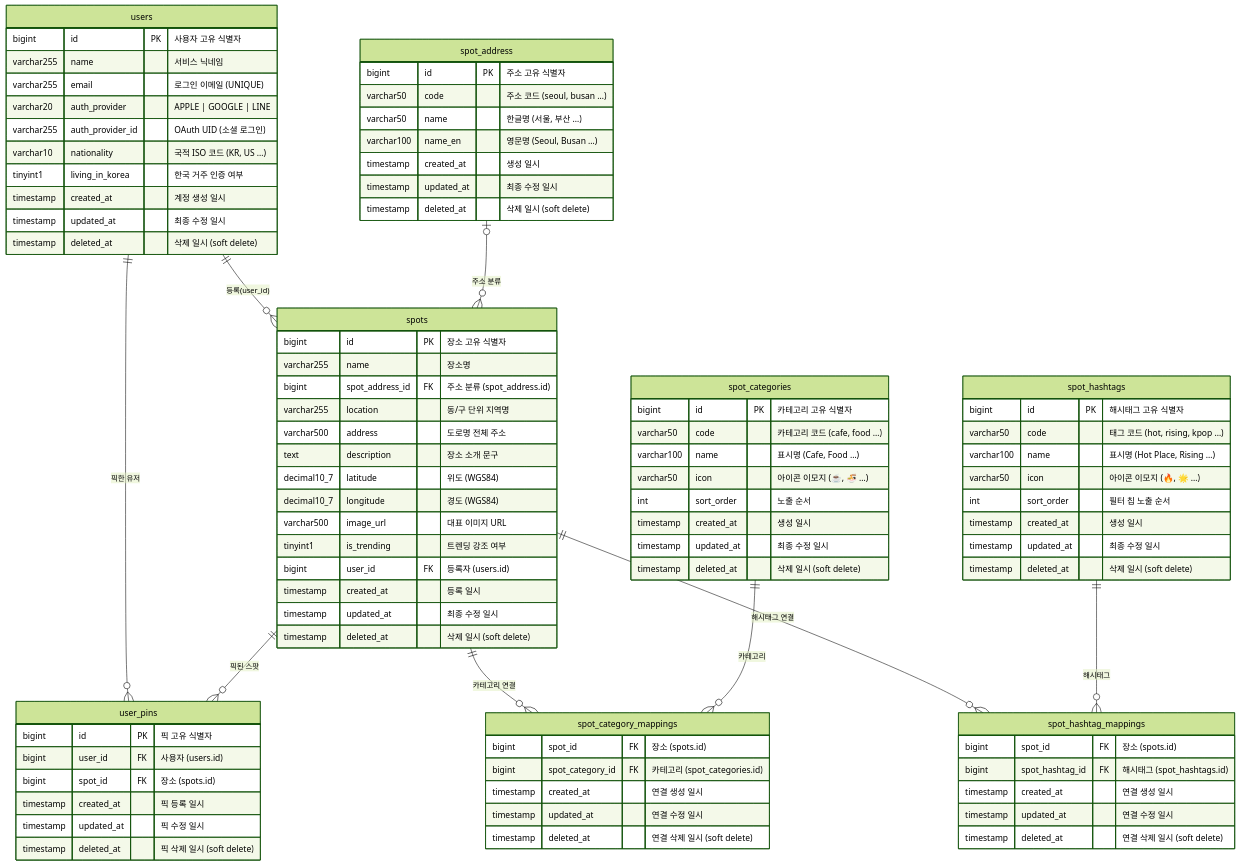
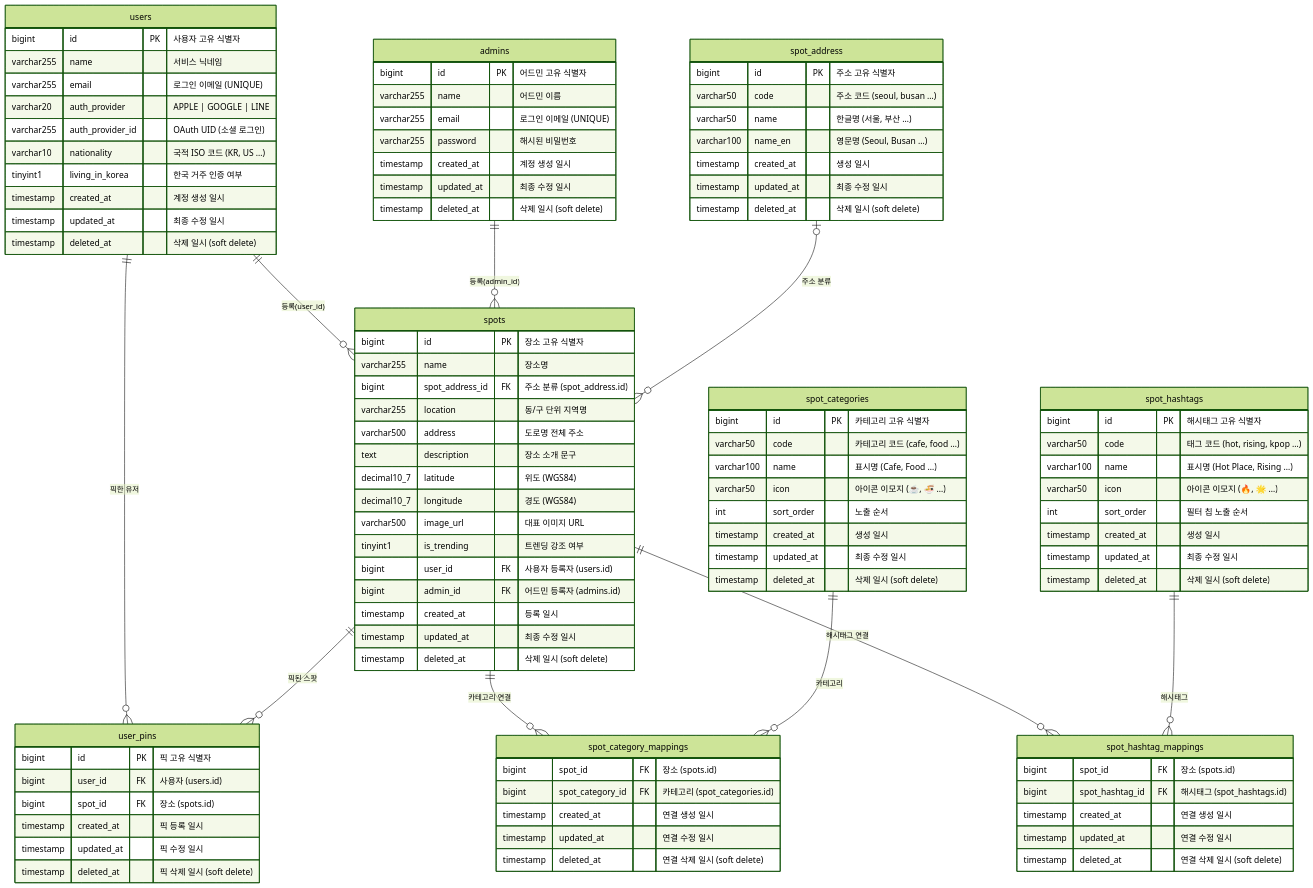
Before and after one commit to picko-labs/picko-api: the diagram in src/main/resources/db/ddl/schema-erd.mmd, drawn with Mermaid (forest theme). The commit also changed 24 other files, not shown here.

```diff
--- a/src/main/resources/db/ddl/schema-erd.mmd
+++ b/src/main/resources/db/ddl/schema-erd.mmd
@@ -1,108 +1,122 @@
 erDiagram
 
     users {
         bigint      id               PK  "사용자 고유 식별자"
         varchar255  name                 "서비스 닉네임"
         varchar255  email                "로그인 이메일 (UNIQUE)"
         varchar20   auth_provider        "APPLE | GOOGLE | LINE"
         varchar255  auth_provider_id     "OAuth UID (소셜 로그인)"
         varchar10   nationality          "국적 ISO 코드 (KR, US …)"
         tinyint1    living_in_korea      "한국 거주 인증 여부"
         timestamp   created_at           "계정 생성 일시"
         timestamp   updated_at           "최종 수정 일시"
         timestamp   deleted_at           "삭제 일시 (soft delete)"
+    }
+
+    admins {
+        bigint      id          PK  "어드민 고유 식별자"
+        varchar255  name            "어드민 이름"
+        varchar255  email           "로그인 이메일 (UNIQUE)"
+        varchar255  password        "해시된 비밀번호"
+        timestamp   created_at      "계정 생성 일시"
+        timestamp   updated_at      "최종 수정 일시"
+        timestamp   deleted_at      "삭제 일시 (soft delete)"
     }
 
     spot_address {
         bigint      id          PK  "주소 고유 식별자"
         varchar50   code            "주소 코드 (seoul, busan …)"
         varchar50   name            "한글명 (서울, 부산 …)"
         varchar100  name_en         "영문명 (Seoul, Busan …)"
         timestamp   created_at      "생성 일시"
         timestamp   updated_at      "최종 수정 일시"
         timestamp   deleted_at      "삭제 일시 (soft delete)"
     }
 
     spot_categories {
         bigint      id          PK  "카테고리 고유 식별자"
         varchar50   code            "카테고리 코드 (cafe, food …)"
         varchar100  name            "표시명 (Cafe, Food …)"
         varchar50   icon            "아이콘 이모지 (☕, 🍜 …)"
         int         sort_order      "노출 순서"
         timestamp   created_at      "생성 일시"
         timestamp   updated_at      "최종 수정 일시"
         timestamp   deleted_at      "삭제 일시 (soft delete)"
     }
 
     spots {
         bigint      id              PK  "장소 고유 식별자"
         varchar255  name                "장소명"
         bigint      spot_address_id FK  "주소 분류 (spot_address.id)"
         varchar255  location            "동/구 단위 지역명"
         varchar500  address             "도로명 전체 주소"
         text        description         "장소 소개 문구"
         decimal10_7 latitude            "위도 (WGS84)"
         decimal10_7 longitude           "경도 (WGS84)"
         varchar500  image_url           "대표 이미지 URL"
         tinyint1    is_trending         "트렌딩 강조 여부"
-        bigint      user_id         FK  "등록자 (users.id)"
+        bigint      user_id         FK  "사용자 등록자 (users.id)"
+        bigint      admin_id        FK  "어드민 등록자 (admins.id)"
         timestamp   created_at          "등록 일시"
         timestamp   updated_at          "최종 수정 일시"
         timestamp   deleted_at          "삭제 일시 (soft delete)"
     }
 
     spot_category_mappings {
         bigint      spot_id          FK  "장소 (spots.id)"
         bigint      spot_category_id FK  "카테고리 (spot_categories.id)"
         timestamp   created_at           "연결 생성 일시"
         timestamp   updated_at           "연결 수정 일시"
         timestamp   deleted_at           "연결 삭제 일시 (soft delete)"
     }
 
     user_pins {
         bigint      id          PK  "픽 고유 식별자"
         bigint      user_id     FK  "사용자 (users.id)"
         bigint      spot_id     FK  "장소 (spots.id)"
         timestamp   created_at      "픽 등록 일시"
         timestamp   updated_at      "픽 수정 일시"
         timestamp   deleted_at      "픽 삭제 일시 (soft delete)"
     }
 
     spot_hashtags {
         bigint      id          PK  "해시태그 고유 식별자"
         varchar50   code            "태그 코드 (hot, rising, kpop …)"
         varchar100  name            "표시명 (Hot Place, Rising …)"
         varchar50   icon            "아이콘 이모지 (🔥, 🌟 …)"
         int         sort_order      "필터 칩 노출 순서"
         timestamp   created_at      "생성 일시"
         timestamp   updated_at      "최종 수정 일시"
         timestamp   deleted_at      "삭제 일시 (soft delete)"
     }
 
     spot_hashtag_mappings {
         bigint      spot_id         FK  "장소 (spots.id)"
         bigint      spot_hashtag_id FK  "해시태그 (spot_hashtags.id)"
         timestamp   created_at          "연결 생성 일시"
         timestamp   updated_at          "연결 수정 일시"
         timestamp   deleted_at          "연결 삭제 일시 (soft delete)"
     }
 
     %% ── 관계 정의 ──────────────────────────────────────────
 
     %% users → spots : 유저가 스팟을 직접 등록
     users                ||--o{ spots                    : "등록(user_id)"
 
+    %% admins → spots : 어드민이 스팟을 등록
+    admins               ||--o{ spots                    : "등록(admin_id)"
+
     %% users ↔ spots : 유저가 스팟을 픽(북마크)
     users                ||--o{ user_pins                : "픽한 유저"
     spots                ||--o{ user_pins                : "픽된 스팟"
 
     %% spots ↔ spot_categories : 스팟 카테고리 (N개)
     spots                ||--o{ spot_category_mappings   : "카테고리 연결"
     spot_categories      ||--o{ spot_category_mappings   : "카테고리"
 
     %% spots → spot_address : 주소 분류
     spot_address         |o--o{ spots                    : "주소 분류"
 
     %% spots ↔ spot_hashtags : 해시태그 필터
     spots                ||--o{ spot_hashtag_mappings    : "해시태그 연결"
     spot_hashtags        ||--o{ spot_hashtag_mappings    : "해시태그"
```
